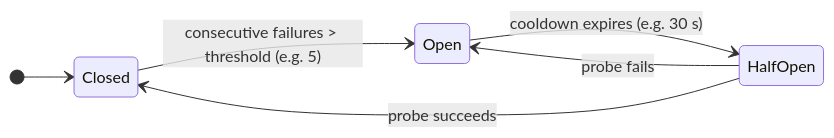
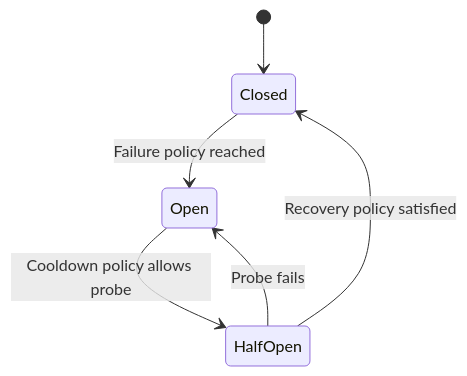
One commit to Darsua/AAT changed the diagram in docs/diagrams/adr005-breaker.mmd. Above: the diagram before and after it, drawn with Mermaid. The commit also changed 35 other files, not shown here.

```diff
--- a/docs/diagrams/adr005-breaker.mmd
+++ b/docs/diagrams/adr005-breaker.mmd
@@ -1,7 +1,6 @@
 stateDiagram-v2
-    direction LR
     [*] --> Closed
-    Closed --> Open: consecutive failures > threshold (e.g. 5)
-    Open --> HalfOpen: cooldown expires (e.g. 30 s)
-    HalfOpen --> Closed: probe succeeds
-    HalfOpen --> Open: probe fails
+    Closed --> Open: Failure policy reached
+    Open --> HalfOpen: Cooldown policy allows probe
+    HalfOpen --> Closed: Recovery policy satisfied
+    HalfOpen --> Open: Probe fails
```
